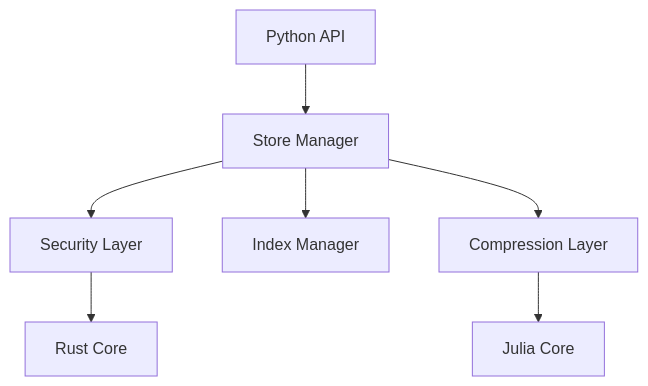
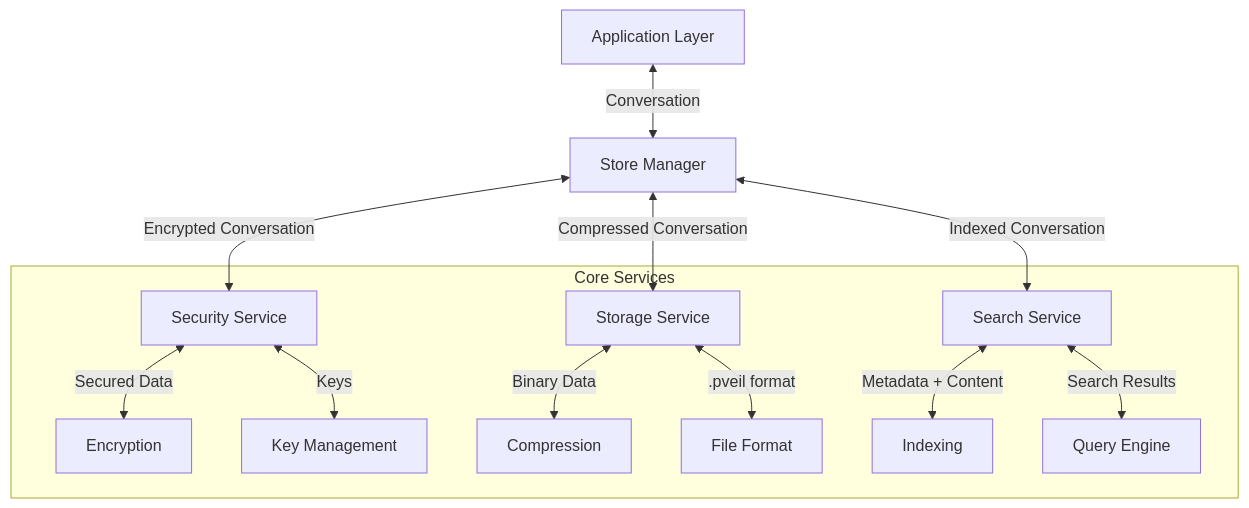
The diagram in README.md (PromptVeil/PromptVeil), drawn with Mermaid before and after one commit. The commit also changed other lines of this file and 9 other files, not shown here.

````diff
--- a/README.md
+++ b/README.md
@@ -154,9 +160,22 @@
 ```mermaid
 graph TD
-    A[Python API] --> B[Store Manager]
-    B --> C[Security Layer]
-    B --> D[Index Manager]
-    B --> E[Compression Layer]
-    C --> F[Rust Core]
-    E --> G[Julia Core]
+    A[Application Layer] <-->|Conversation| B[Store Manager]
+    
+    B <-->|Encrypted Conversation| C[Security Service]
+    B <-->|Compressed Conversation| D[Storage Service]
+    B <-->|Indexed Conversation| E[Search Service]
+    
+    subgraph Core Services
+        C <-->|Secured Data| C1[Encryption]
+        C <-->|Keys| C2[Key Management]
+        
+        D <-->|Binary Data| D1[Compression]
+        D <-->|.pveil format| D2[File Format]
+        
+        E <-->|Metadata + Content| E1[Indexing]
+        E <-->|Search Results| E2[Query Engine]
+    end
+
+    classDef entity fill:#f9f,stroke:#333,stroke-width:2px;
+    class Conversation entity;
 ```
````
